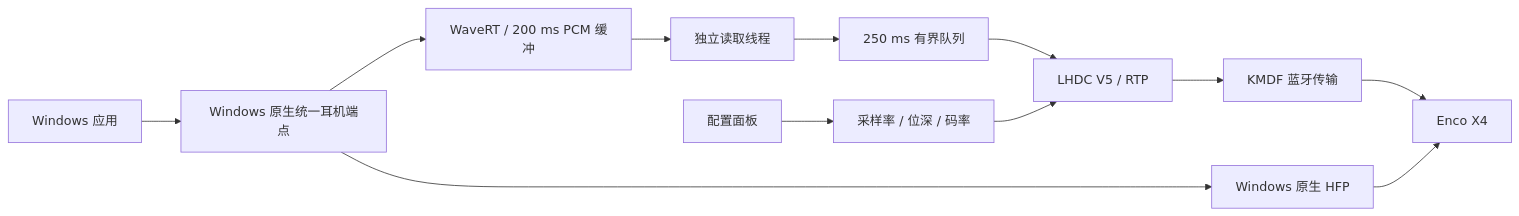
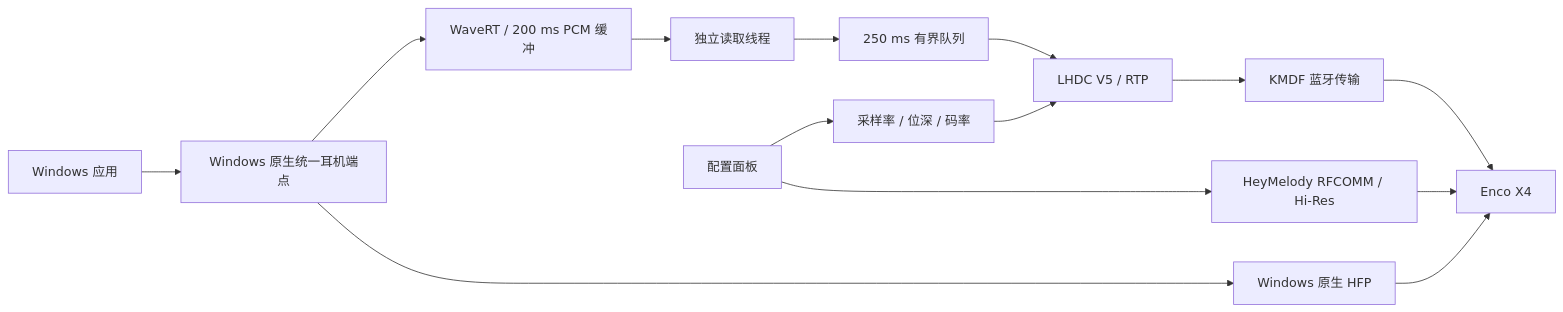
One commit to Wayne-u/LHDC-Win changed the diagram in docs/architecture.md. Above: the diagram before and after it, drawn with Mermaid. The commit also changed other lines of this file and 25 other files, not shown here.

First line of the commit message:
Add verified Enco Hi-Res control and high-rate PCM support

````diff
--- a/docs/architecture.md
+++ b/docs/architecture.md
@@ -5,14 +5,16 @@
 ```mermaid
 flowchart LR
     App[Windows 应用] --> Endpoint[Windows 原生统一耳机端点]
     Endpoint --> WaveRT[WaveRT / 200 ms PCM 缓冲]
     WaveRT --> Reader[独立读取线程]
     Reader --> Queue[250 ms 有界队列]
     Queue --> Encode[LHDC V5 / RTP]
     Encode --> Transport[KMDF 蓝牙传输]
     Transport --> Earbuds[Enco X4]
     Endpoint --> HFP[Windows 原生 HFP]
     HFP --> Earbuds
     Panel[配置面板] --> Profile[采样率 / 位深 / 码率]
+    Panel --> Control[HeyMelody RFCOMM / Hi-Res]
+    Control --> Earbuds
     Profile --> Encode
 ```
````
